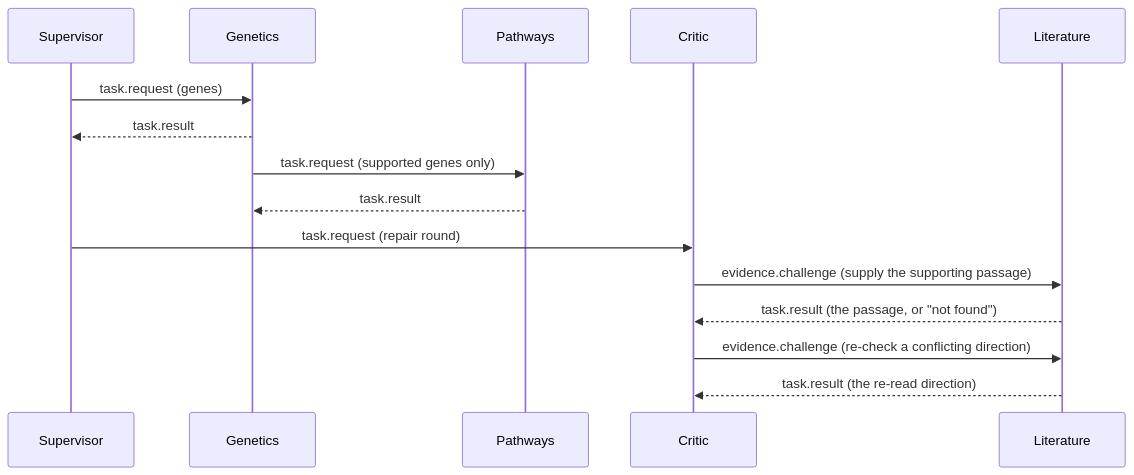
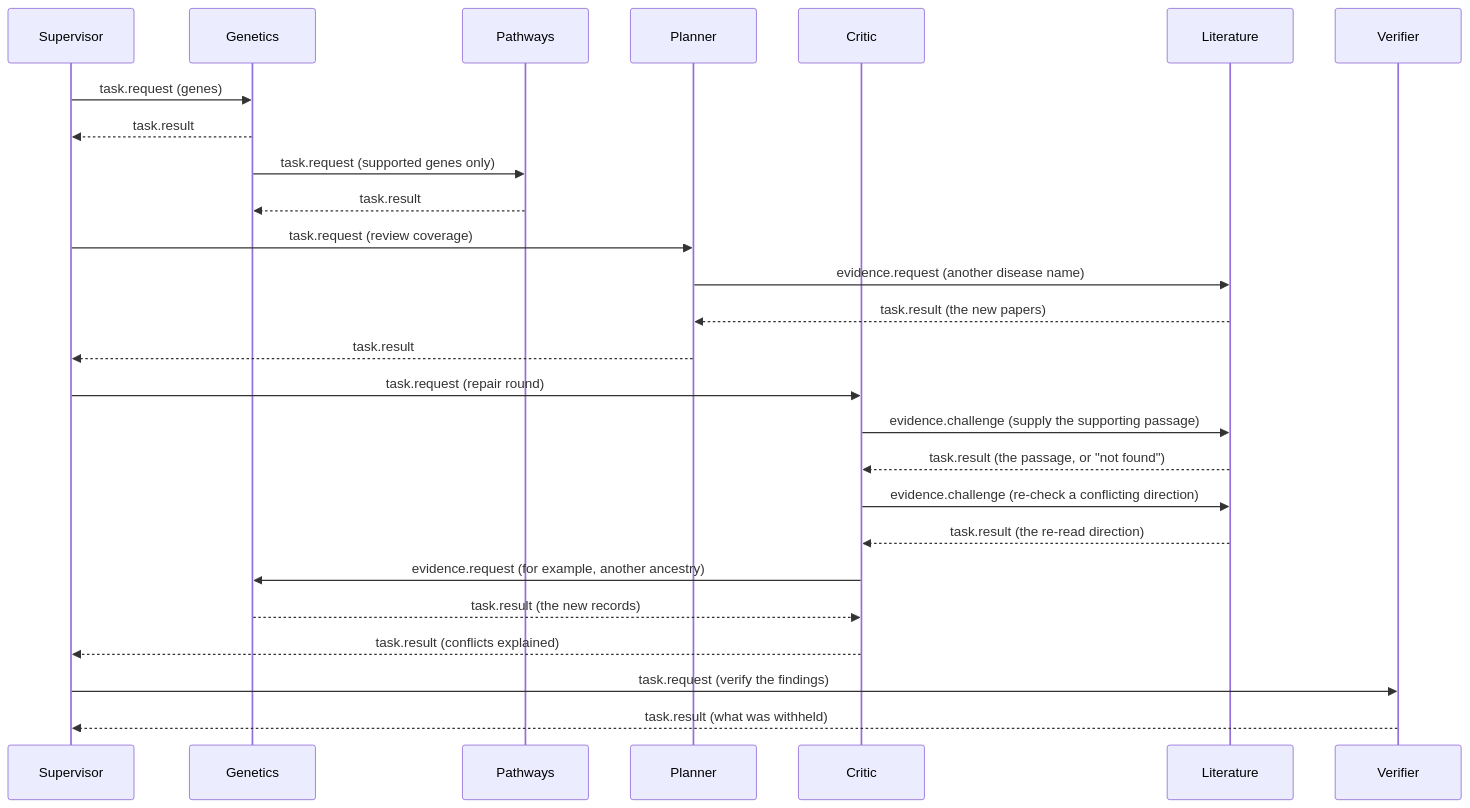
Before and after one commit to Tevaalgorithms/BioNexus-AI: the third of 3 diagrams in README.md, drawn with Mermaid. The commit also changed other lines of this file and 16 other files, not shown here.

````diff
--- a/README.md
+++ b/README.md
@@ -143,17 +157,28 @@
 ```mermaid
 sequenceDiagram
     participant S as Supervisor
     participant G as Genetics
     participant P as Pathways
+    participant PL as Planner
     participant C as Critic
     participant L as Literature
+    participant V as Verifier
     S->>G: task.request (genes)
     G-->>S: task.result
     G->>P: task.request (supported genes only)
     P-->>G: task.result
+    S->>PL: task.request (review coverage)
+    PL->>L: evidence.request (another disease name)
+    L-->>PL: task.result (the new papers)
+    PL-->>S: task.result
     S->>C: task.request (repair round)
     C->>L: evidence.challenge (supply the supporting passage)
     L-->>C: task.result (the passage, or "not found")
     C->>L: evidence.challenge (re-check a conflicting direction)
     L-->>C: task.result (the re-read direction)
+    C->>G: evidence.request (for example, another ancestry)
+    G-->>C: task.result (the new records)
+    C-->>S: task.result (conflicts explained)
+    S->>V: task.request (verify the findings)
+    V-->>S: task.result (what was withheld)
 ```
````
